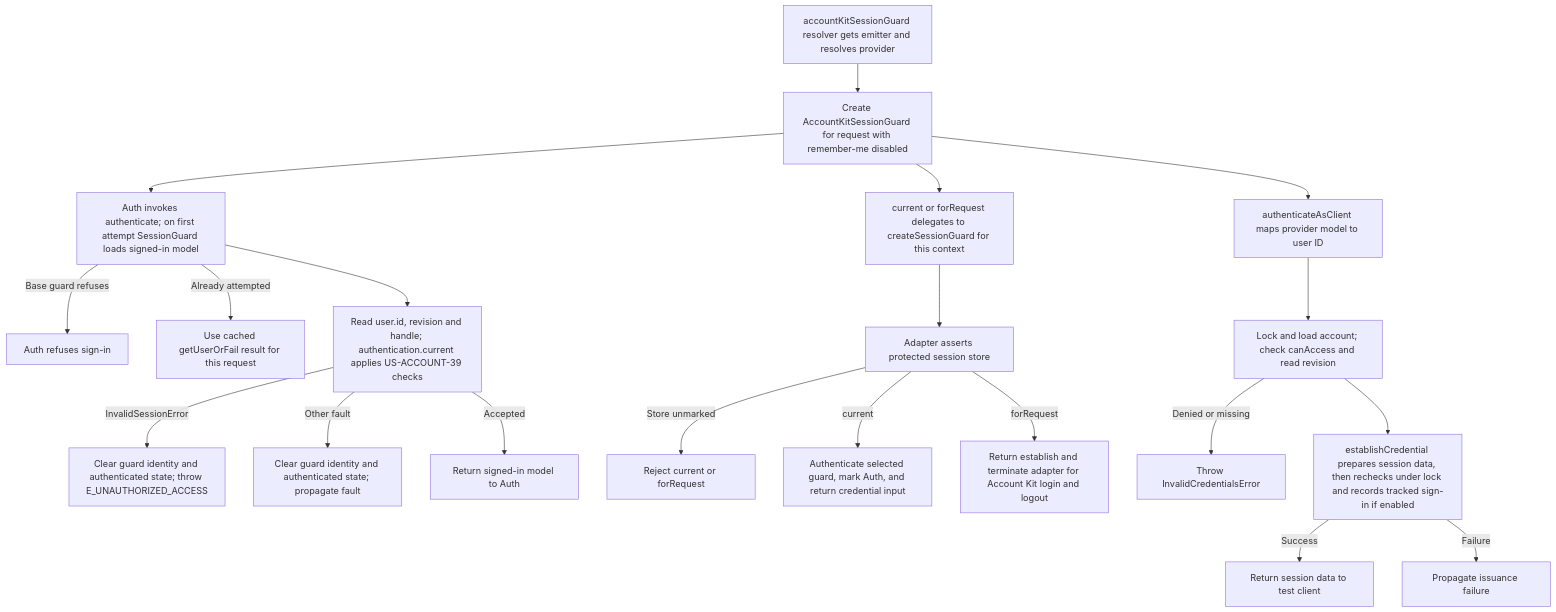
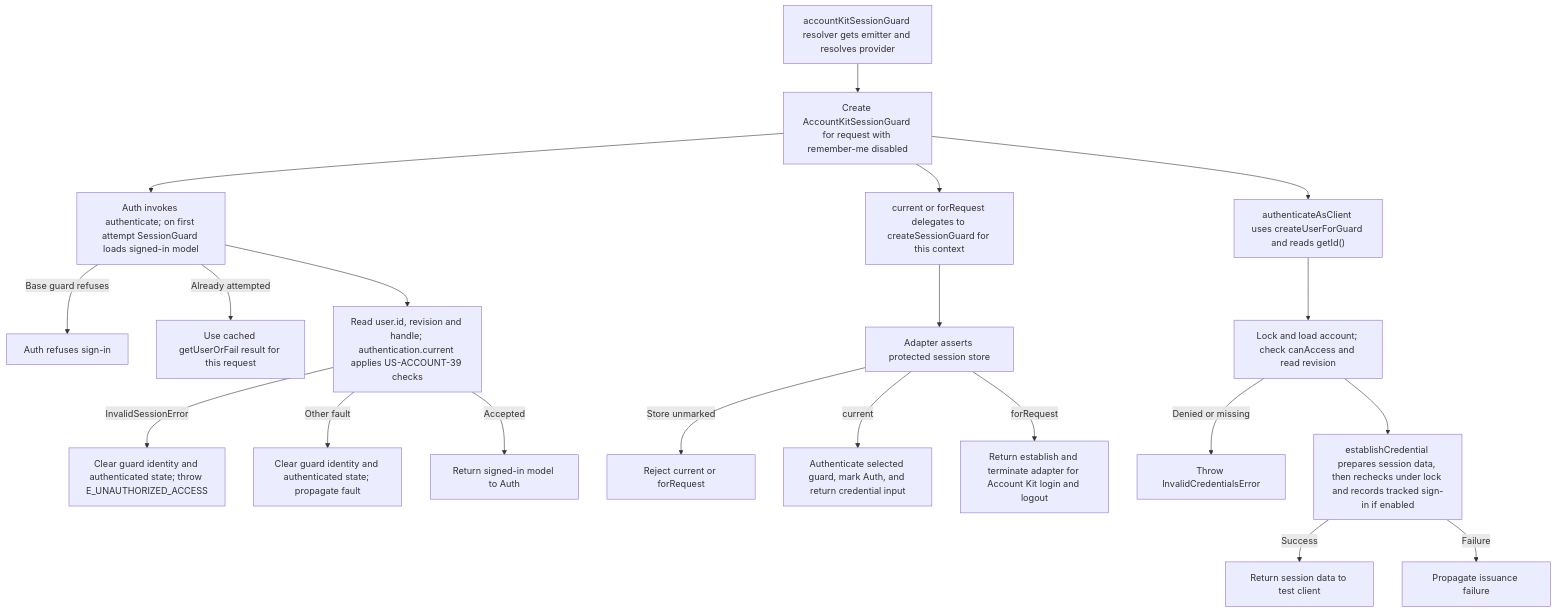
The second of 2 diagrams in user-stories/US-ACCOUNT-64-use-adonisjs-session-guard.md (Kevinjohn/oss-adonisjs-account-kit), drawn with Mermaid before and after one commit. The commit also changed other lines of this file, not shown here.

Commit message:
Refresh the user story catalogue

````diff
--- a/user-stories/US-ACCOUNT-64-use-adonisjs-session-guard.md
+++ b/user-stories/US-ACCOUNT-64-use-adonisjs-session-guard.md
@@ -37,22 +37,22 @@
 ```mermaid
 flowchart TD
  A["accountKitSessionGuard resolver gets emitter and resolves provider"] --> B["Create AccountKitSessionGuard for request with remember-me disabled"]
  B --> C["Auth invokes authenticate; on first attempt SessionGuard loads signed-in model"]
  C -->|Base guard refuses| I["Auth refuses sign-in"]
  C -->|Already attempted| Q["Use cached getUserOrFail result for this request"]
  C --> K["Read user.id, revision and handle; authentication.current applies US-ACCOUNT-39 checks"]
  K -->|InvalidSessionError| N["Clear guard identity and authenticated state; throw E_UNAUTHORIZED_ACCESS"]
  K -->|Other fault| X["Clear guard identity and authenticated state; propagate fault"]
  K -->|Accepted| O["Return signed-in model to Auth"]
  B --> H["current or forRequest delegates to createSessionGuard for this context"]
  H --> S["Adapter asserts protected session store"]
  S -->|Store unmarked| AA["Reject current or forRequest"]
  S -->|current| T["Authenticate selected guard, mark Auth, and return credential input"]
  S -->|forRequest| R["Return establish and terminate adapter for Account Kit login and logout"]
- B --> J["authenticateAsClient maps provider model to user ID"]
+ B --> J["authenticateAsClient uses createUserForGuard and reads getId()"]
  J --> U["Lock and load account; check canAccess and read revision"]
  U -->|Denied or missing| V["Throw InvalidCredentialsError"]
  U --> W["establishCredential prepares session data, then rechecks under lock and records tracked sign-in if enabled"]
  W -->|Success| Y["Return session data to test client"]
  W -->|Failure| Z["Propagate issuance failure"]
 ```
````
